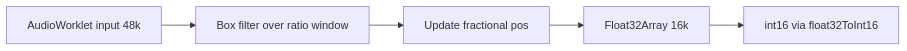
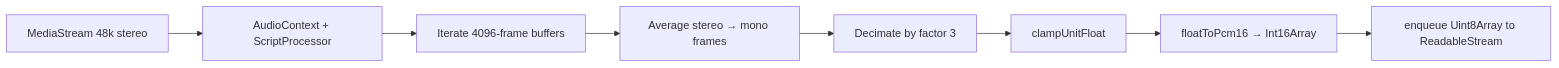
The third of 4 diagrams in docs/diagrams/duck-revival-overview.md (octave-commons/promethean), drawn with Mermaid before and after one commit. The commit also changed other lines of this file and 6 other files, not shown here.

````diff
--- a/docs/diagrams/duck-revival-overview.md
+++ b/docs/diagrams/duck-revival-overview.md
@@ -54,7 +65,10 @@
 ```mermaid
 flowchart LR
-  In[AudioWorklet input 48k] --> Box[Box filter over ratio window]
-  Box --> Pos[Update fractional pos]
-  Pos --> Out[Float32Array 16k]
-  Out --> PCM[int16 via float32ToInt16]
+  Start[MediaStream 48k stereo] --> Ctx[AudioContext + ScriptProcessor]
+  Ctx --> Win[Iterate 4096-frame buffers]
+  Win --> Avg[Average stereo → mono frames]
+  Avg --> Dec[Decimate by factor 3]
+  Dec --> Clamp[clampUnitFloat]
+  Clamp --> PCM[floatToPcm16 → Int16Array]
+  PCM --> Chunk[enqueue Uint8Array to ReadableStream]
 ```
````
